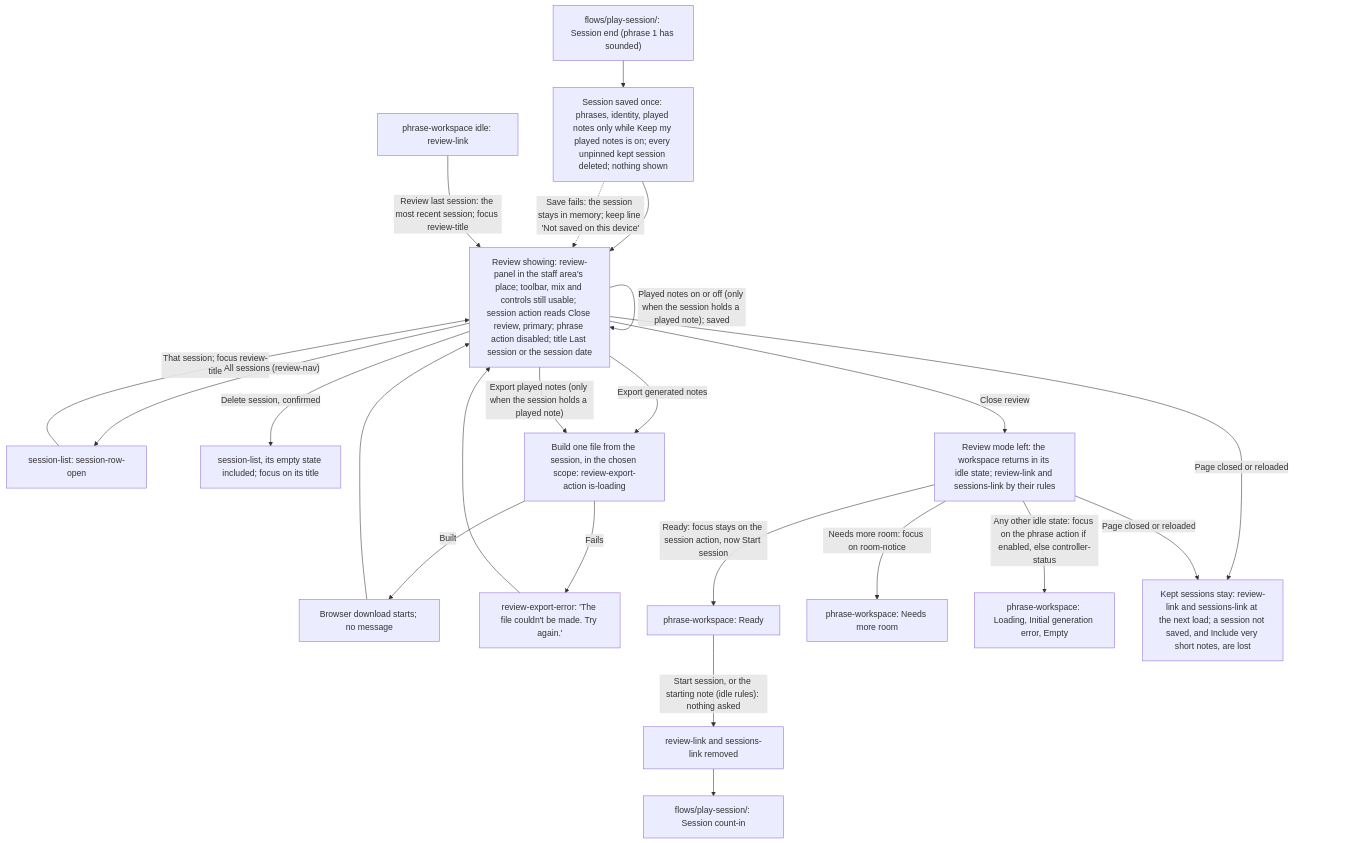
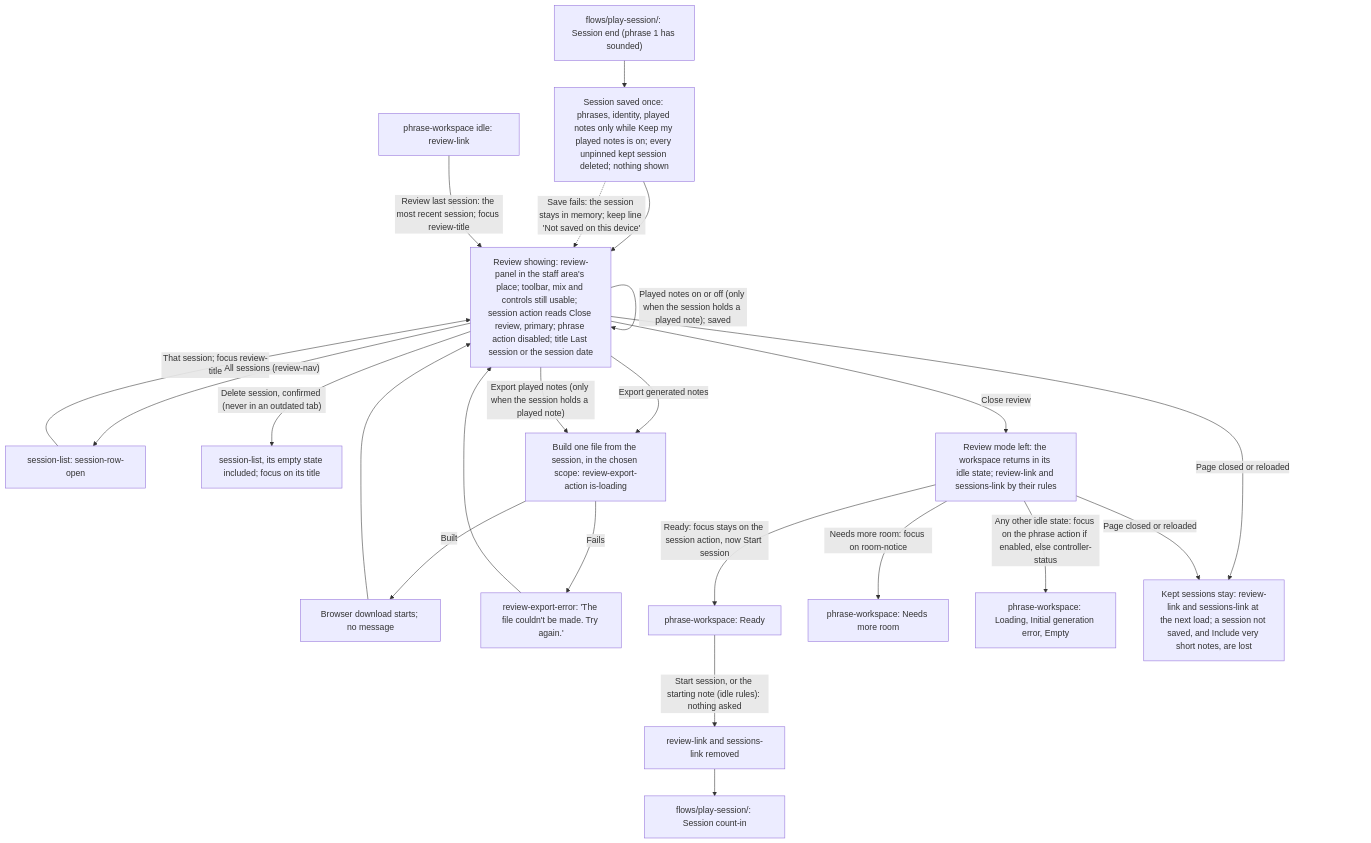
The diagram in ui_ux/flows/review-and-export/handoff.md (kluthen/infinite-flow), drawn with Mermaid before and after one commit. The commit also changed other lines of this file and 13 other files, not shown here.

First line of the commit message:
UX: an outdated tab offers no deletion of any kind (ux D221, closes Q68)

````diff
--- a/ui_ux/flows/review-and-export/handoff.md
+++ b/ui_ux/flows/review-and-export/handoff.md
@@ -28,40 +28,40 @@
 ```mermaid
 flowchart TD
   PS["flows/play-session/: Session end (phrase 1 has sounded)"] --> SV
   %% v3 new: the save
   SV["Session saved once: phrases, identity, played notes only while Keep my played notes is on; every unpinned kept session deleted; nothing shown"] --> RV
   SV -.->|"Save fails: the session stays in memory; keep line 'Not saved on this device'"| RV
   RV["Review showing: review-panel in the staff area's place; toolbar, mix and controls still usable; session action reads Close review, primary; phrase action disabled; title Last session or the session date"]
   RV -.->|"Meanwhile, hidden (after a session end only): session systems cleared; next phrase generated from the current controls (fresh seed, no carry-in, idle fit retries), or none while the staff has no room"| RV
   RV -->|"Start session is not offered; no MIDI note starts a session"| RV
   %% v3 new: the other ways in (flows/kept-sessions/)
   WS["phrase-workspace idle: review-link"] -->|"Review last session: the most recent session; focus review-title"| RV
   SL["session-list: session-row-open"] -->|"That session; focus review-title"| RV
   RV -->|"All sessions (review-nav)"| SL
   %% v3 new: tools on the session
   RV -->|"favorite-toggle on a phrase; the first favorite pins the session"| RV
   RV -->|"Pin; Unpin (with favorites: confirmation)"| RV
   RV -->|"Add a comment / Edit comment, then Done, leaving the field, or leaving the review: saved"| RV
-  RV -->|"Delete session, confirmed"| SLE["session-list, its empty state included; focus on its title"]
-  RV -->|"Keep my played notes on; off (with kept notes: confirmation, Delete them or Keep them)"| RV
-  RV -->|"Delete played notes, confirmed: lane, view row and played-notes export leave"| RV
+  RV -->|"Delete session, confirmed (never in an outdated tab)"| SLE["session-list, its empty state included; focus on its title"]
+  RV -->|"Keep my played notes on; off (with kept notes, not in an outdated tab: confirmation, Delete them or Keep them)"| RV
+  RV -->|"Delete played notes, confirmed (never in an outdated tab): lane, view row and played-notes export leave"| RV
   %% v3 changed: saved choices; v3 new: scope, very short notes
   RV -->|"Format: MusicXML or MIDI; Backing track (MIDI only); saved"| RV
   RV -->|"Export scope: Whole session or Favorites only; Include very short notes"| RV
   RV -->|"Played notes on or off (only when the session holds a played note); saved"| RV
   RV -->|Export generated notes| X[Build one file from the session, in the chosen scope: review-export-action is-loading]
   RV -->|"Export played notes (only when the session holds a played note)"| X
   X -->|Built| DL[Browser download starts; no message]
   X -->|Fails| XE["review-export-error: 'The file couldn't be made. Try again.'"]
   DL --> RV
   XE --> RV
   RV -->|Close review| LV["Review mode left: the workspace returns in its idle state; review-link and sessions-link by their rules"]
   LV -->|"Ready: focus stays on the session action, now Start session"| RD[phrase-workspace: Ready]
   LV -->|"Needs more room: focus on room-notice"| NM[phrase-workspace: Needs more room]
   LV -->|"Any other idle state: focus on the phrase action if enabled, else controller-status"| OT["phrase-workspace: Loading, Initial generation error, Empty"]
   RD -->|"Start session, or the starting note (idle rules): nothing asked"| ST["review-link and sessions-link removed"]
   ST --> PS2["flows/play-session/: Session count-in"]
   %% v3 changed: a reload keeps what is kept
   RV -->|"Page closed or reloaded"| GONE["Kept sessions stay: review-link and sessions-link at the next load; a session not saved, and Include very short notes, are lost"]
   LV -->|"Page closed or reloaded"| GONE
 ```
````
